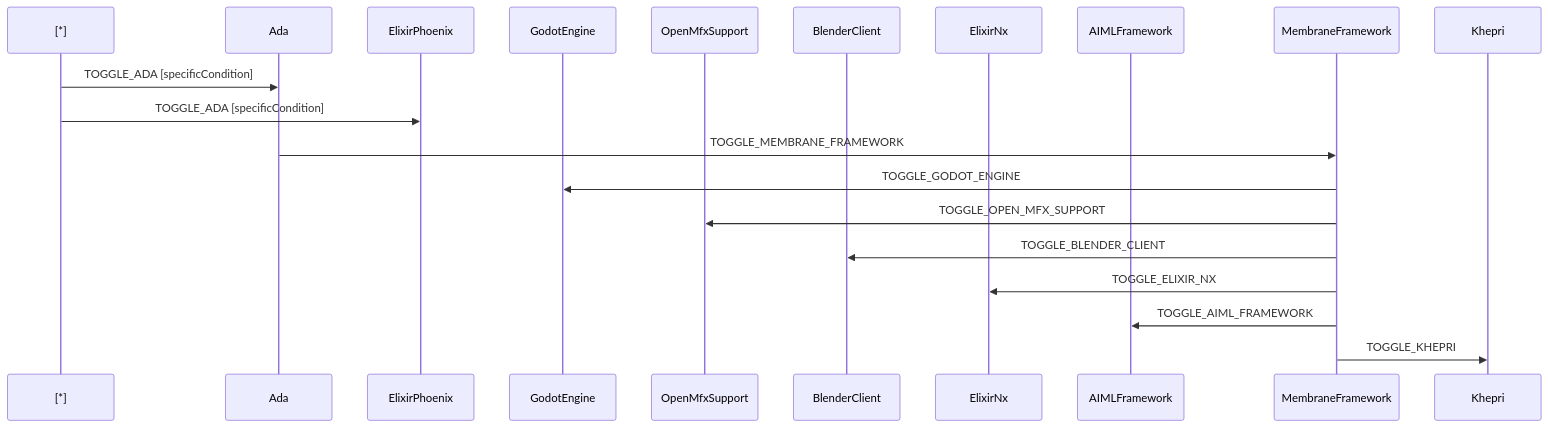
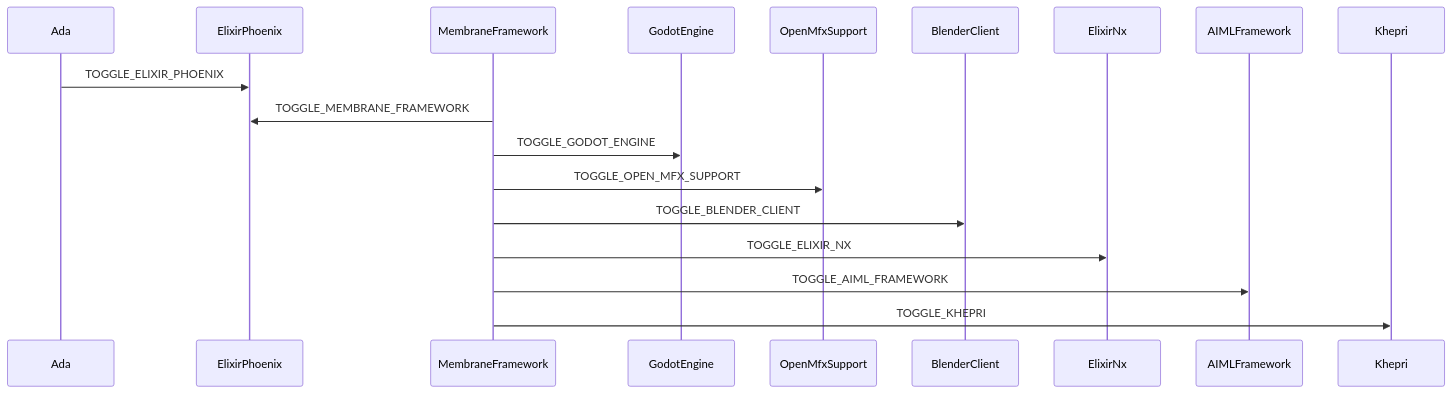
Before and after one commit to V-Sekai/manuals: the diagram in decisions/20230618-membrane-framework-for-mesh-processing.md, drawn with Mermaid.

Commit message:
Sort lanes.

````diff
--- a/decisions/20230618-membrane-framework-for-mesh-processing.md
+++ b/decisions/20230618-membrane-framework-for-mesh-processing.md
@@ -21,24 +21,23 @@
 ```mermaid
 sequenceDiagram
-  participant Initial as [*]
   participant Ada
   participant ElixirPhoenix
+  participant MembraneFramework
   participant GodotEngine
   participant OpenMfxSupport
   participant BlenderClient
   participant ElixirNx
   participant AIMLFramework
-  participant MembraneFramework
   participant Khepri
 
-  Initial->>Ada: TOGGLE_ADA [specificCondition]
-  Initial->>ElixirPhoenix: TOGGLE_ADA [specificCondition]
-  Ada->>MembraneFramework: TOGGLE_MEMBRANE_FRAMEWORK
+  Ada->>ElixirPhoenix: TOGGLE_ELIXIR_PHOENIX
+
+  MembraneFramework->>ElixirPhoenix: TOGGLE_MEMBRANE_FRAMEWORK
 
   MembraneFramework->>GodotEngine: TOGGLE_GODOT_ENGINE
   MembraneFramework->>OpenMfxSupport: TOGGLE_OPEN_MFX_SUPPORT
   MembraneFramework->>BlenderClient: TOGGLE_BLENDER_CLIENT
   MembraneFramework->>ElixirNx: TOGGLE_ELIXIR_NX
   MembraneFramework->>AIMLFramework: TOGGLE_AIML_FRAMEWORK
   MembraneFramework->>Khepri: TOGGLE_KHEPRI
 ```
````
